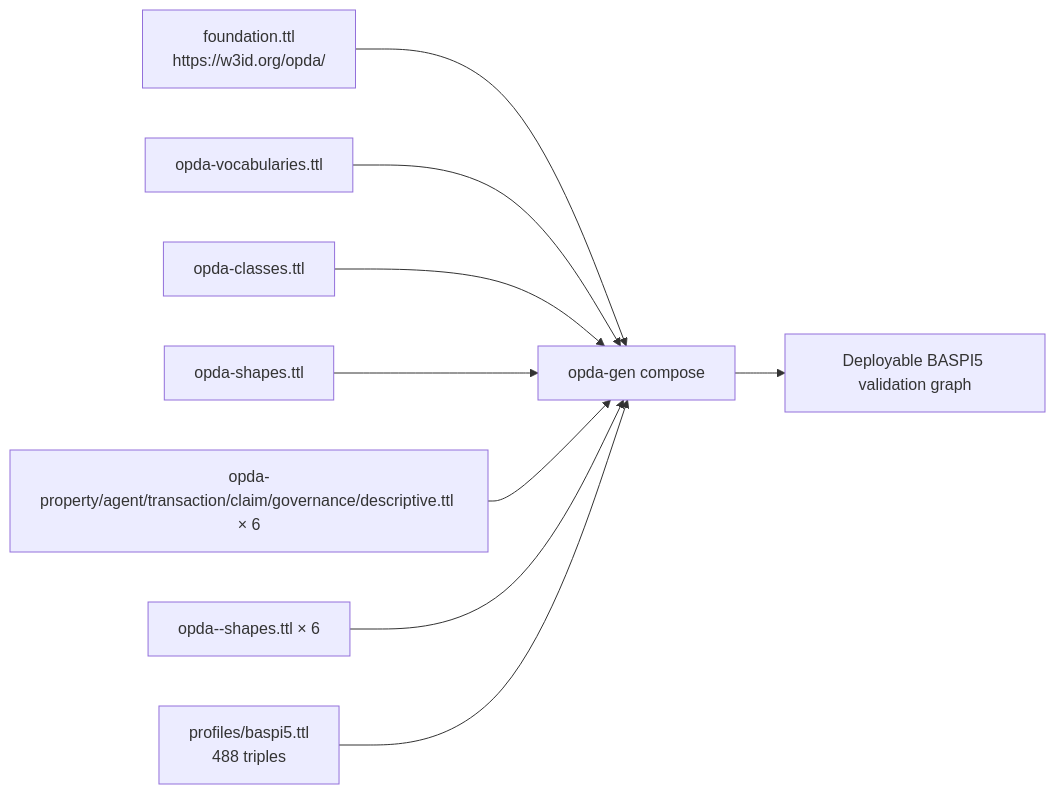
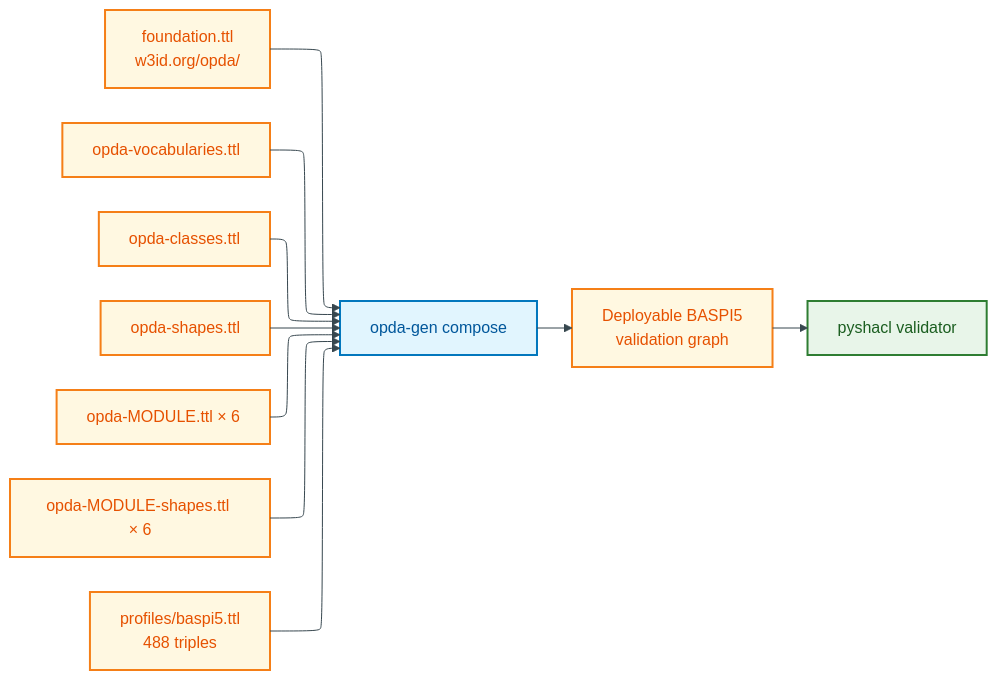
One commit to sparkling/opda changed the first of 2 diagrams in docs/manual/physical-database/overlay-deployment/baspi5.md. Above: the diagram before and after it, drawn with Mermaid. The commit also changed other lines of this file and 36 other files, not shown here.

First line of the commit message:
docs(manual): Physical-DB tier — per-module breakdown + diagram expansion

````diff
--- a/docs/manual/physical-database/overlay-deployment/baspi5.md
+++ b/docs/manual/physical-database/overlay-deployment/baspi5.md
@@ -34,20 +39,37 @@
 ```mermaid
+---
+config:
+  layout: elk
+  elk:
+    mergeEdges: false
+    nodePlacementStrategy: BRANDES_KOEPF
+---
+%%{init: {"theme": "base", "themeVariables": {"primaryColor": "#FFF8E1", "primaryTextColor": "#E65100", "primaryBorderColor": "#F57F17", "lineColor": "#37474F"}}}%%
 flowchart LR
-    foundation[foundation.ttl<br/>https://w3id.org/opda/]
-    vocabularies[opda-vocabularies.ttl]
-    classes[opda-classes.ttl]
-    shapesf[opda-shapes.ttl]
-    moduleclasses[opda-property/agent/transaction/claim/governance/descriptive.ttl × 6]
-    moduleshapes[opda-<module>-shapes.ttl × 6]
-    baspi5[profiles/baspi5.ttl<br/>488 triples]
-    composer[opda-gen compose]
-    output[Deployable BASPI5 validation graph]
+    accTitle: BASPI5 deployable composition
+    accDescr: Shows how the BASPI5 profile composes over the foundation vocabularies classes shapes and module-shape graphs to produce a deployable validation graph for pyshacl.
+
+    classDef data fill:#FFF8E1,stroke:#F57F17,stroke-width:2px,color:#E65100
+    classDef process fill:#E1F5FE,stroke:#0277BD,stroke-width:2px,color:#01579B
+    classDef service fill:#E8F5E9,stroke:#2E7D32,stroke-width:2px,color:#1B5E20
+
+    foundation["foundation.ttl<br/>w3id.org/opda/"]:::data
+    vocabularies["opda-vocabularies.ttl"]:::data
+    classes["opda-classes.ttl"]:::data
+    shapesf["opda-shapes.ttl"]:::data
+    moduleclasses["opda-MODULE.ttl × 6"]:::data
+    moduleshapes["opda-MODULE-shapes.ttl × 6"]:::data
+    baspi5["profiles/baspi5.ttl<br/>488 triples"]:::data
+    composer["opda-gen compose"]:::process
+    output["Deployable BASPI5<br/>validation graph"]:::data
+    pyshacl["pyshacl validator"]:::service
     foundation --> composer
     vocabularies --> composer
     classes --> composer
     shapesf --> composer
     moduleclasses --> composer
     moduleshapes --> composer
     baspi5 --> composer
     composer --> output
+    output --> pyshacl
 ```
````
